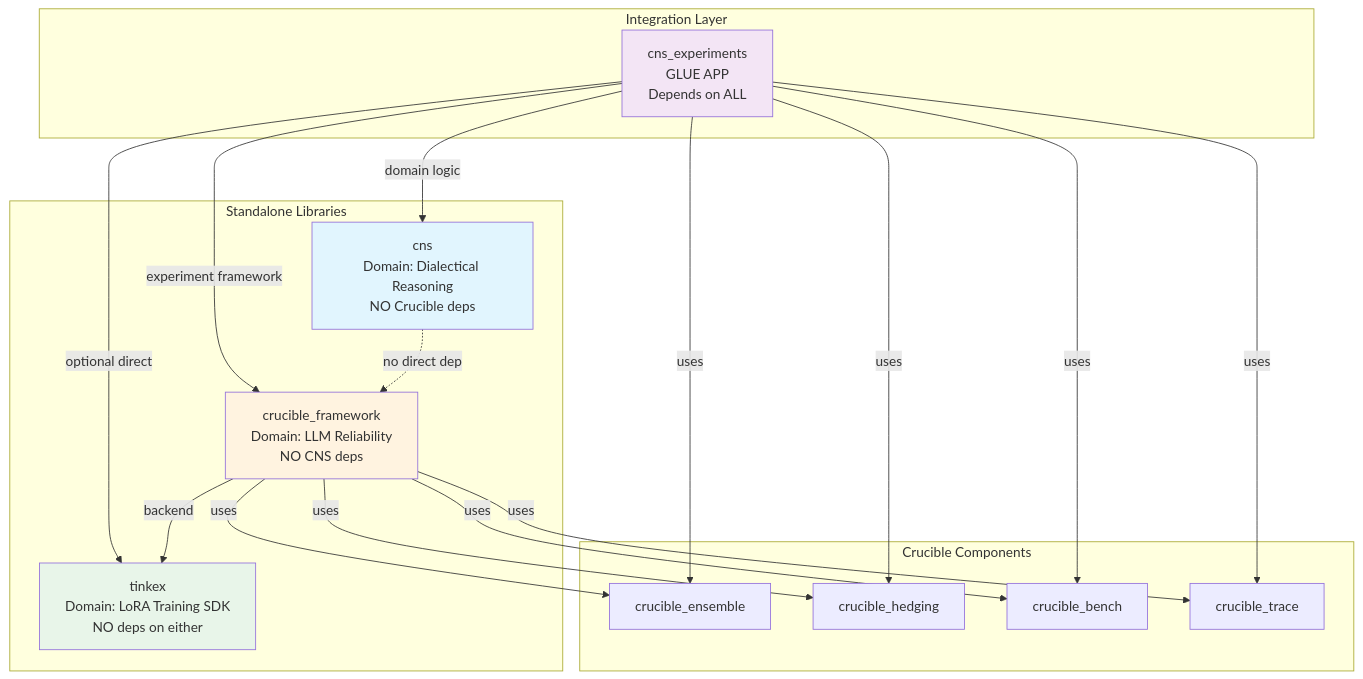
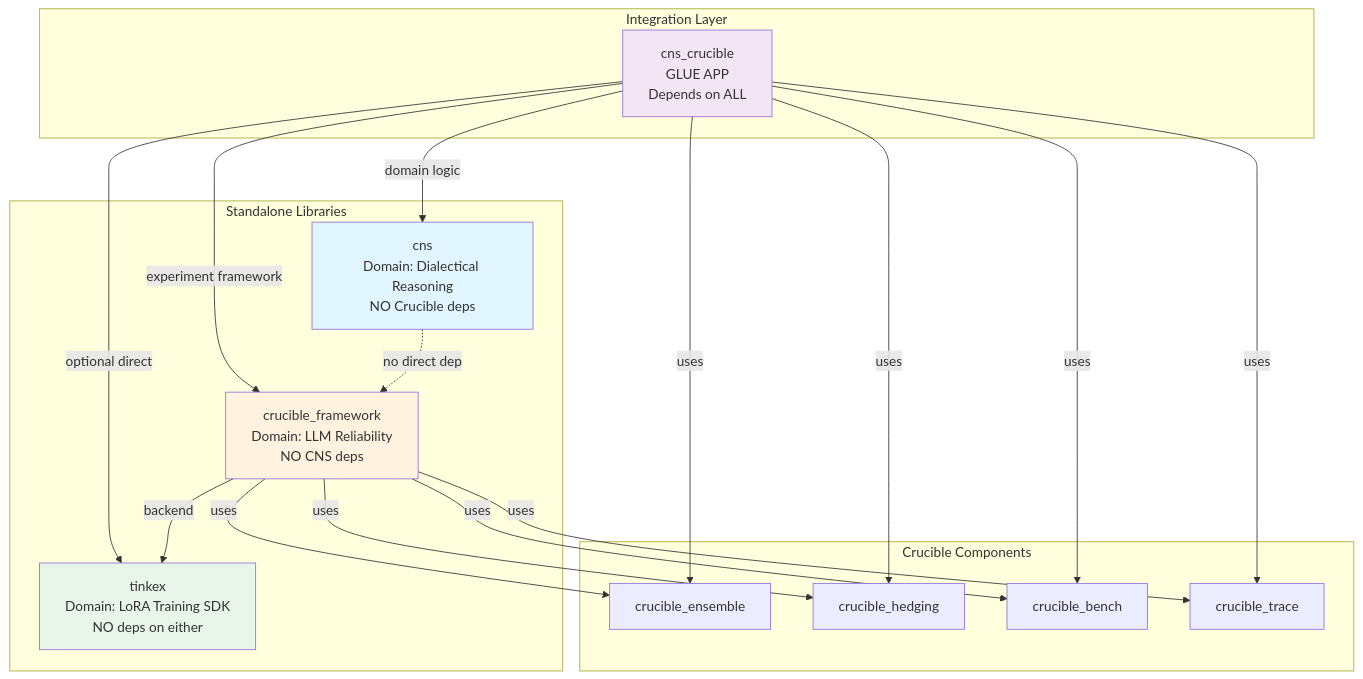
The diagram in docs/20251125_DEPENDENCY_ARCHITECTURE.md (North-Shore-AI/cns), drawn with Mermaid before and after one commit. The commit also changed other lines of this file and 9 other files, not shown here.

````diff
--- a/docs/20251125_DEPENDENCY_ARCHITECTURE.md
+++ b/docs/20251125_DEPENDENCY_ARCHITECTURE.md
@@ -16,39 +16,39 @@
 ```mermaid
 graph TB
     subgraph "Standalone Libraries"
         CNS[cns<br/>Domain: Dialectical Reasoning<br/>NO Crucible deps]
         CF[crucible_framework<br/>Domain: LLM Reliability<br/>NO CNS deps]
         TINKEX[tinkex<br/>Domain: LoRA Training SDK<br/>NO deps on either]
     end
 
     subgraph "Crucible Components"
         ENSEMBLE[crucible_ensemble]
         HEDGING[crucible_hedging]
         BENCH[crucible_bench]
         TRACE[crucible_trace]
     end
 
     subgraph "Integration Layer"
-        CNSEXP[cns_experiments<br/>GLUE APP<br/>Depends on ALL]
+        CNSEXP[cns_crucible<br/>GLUE APP<br/>Depends on ALL]
     end
 
     CNS -.->|no direct dep| CF
     CF -->|uses| ENSEMBLE
     CF -->|uses| HEDGING
     CF -->|uses| BENCH
     CF -->|uses| TRACE
     CF -->|backend| TINKEX
 
     CNSEXP -->|domain logic| CNS
     CNSEXP -->|experiment framework| CF
     CNSEXP -->|optional direct| TINKEX
     CNSEXP -->|uses| ENSEMBLE
     CNSEXP -->|uses| HEDGING
     CNSEXP -->|uses| BENCH
     CNSEXP -->|uses| TRACE
 
     style CNS fill:#e1f5fe
     style CF fill:#fff3e0
     style CNSEXP fill:#f3e5f5
     style TINKEX fill:#e8f5e9
 ```
````
